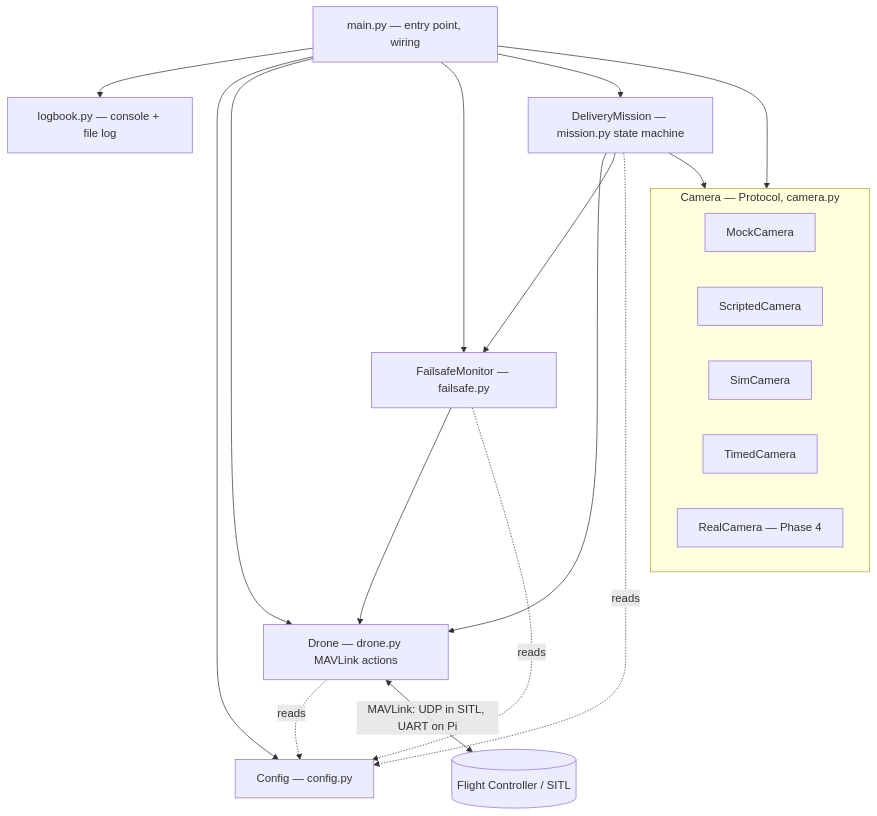
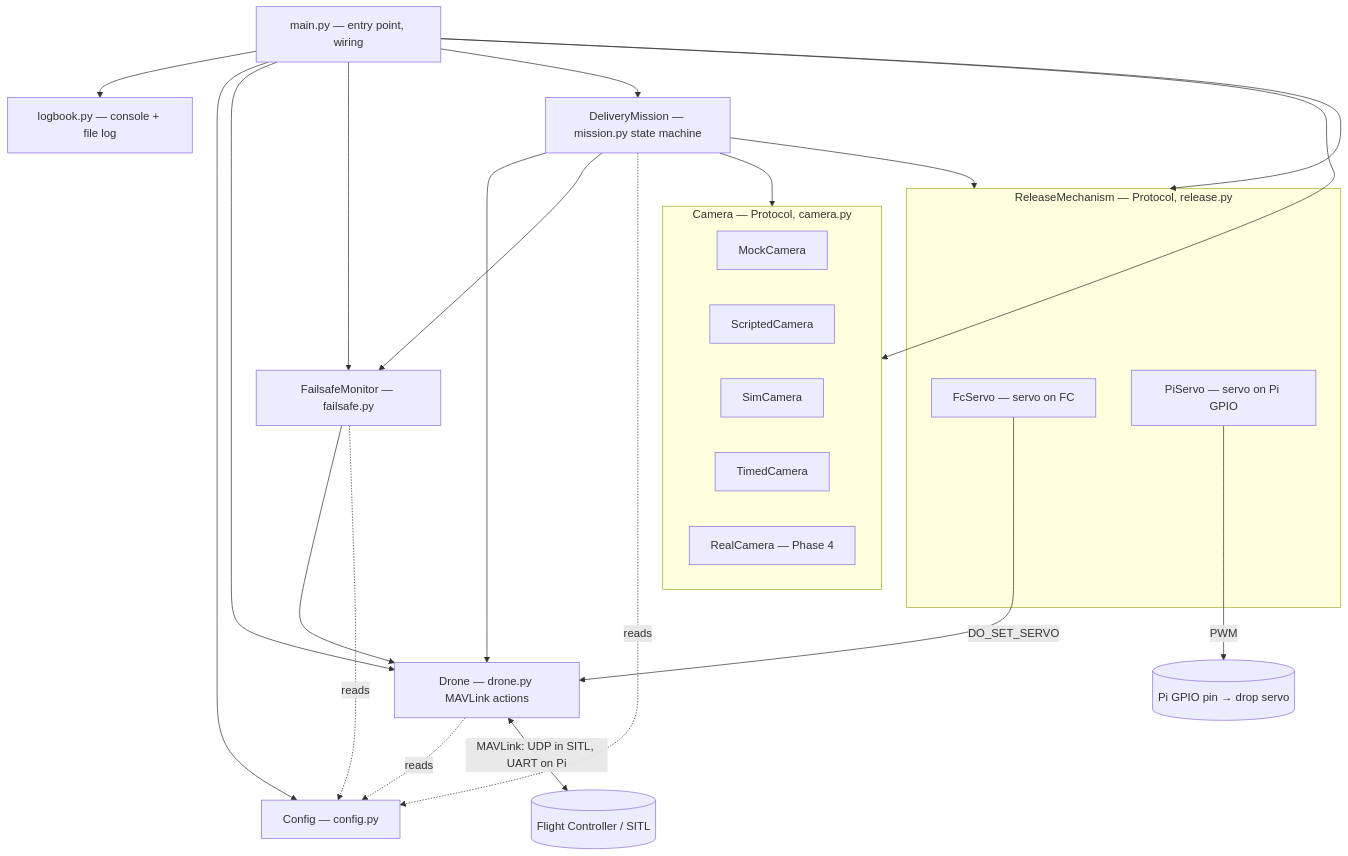
Before and after one commit to ki-drohnen-ss26/Pi-Code: the first of 5 diagrams in docs/ARCHITECTURE.md, drawn with Mermaid. The commit also changed other lines of this file and 8 other files, not shown here.

````diff
--- a/docs/ARCHITECTURE.md
+++ b/docs/ARCHITECTURE.md
@@ -15,34 +15,44 @@
 ```mermaid
 flowchart TB
     main["main.py — entry point, wiring"]
     cfg["Config — config.py"]
     logb["logbook.py — console + file log"]
     mission["DeliveryMission — mission.py state machine"]
     drone["Drone — drone.py MAVLink actions"]
     fs["FailsafeMonitor — failsafe.py"]
     fc[("Flight Controller / SITL")]
 
     subgraph cam["Camera — Protocol, camera.py"]
         mock["MockCamera"]
         scripted["ScriptedCamera"]
         sim["SimCamera"]
         timed["TimedCamera"]
         real["RealCamera — Phase 4"]
     end
 
+    subgraph rel["ReleaseMechanism — Protocol, release.py"]
+        fcservo["FcServo — servo on FC"]
+        piservo["PiServo — servo on Pi GPIO"]
+    end
+    gpio[("Pi GPIO pin → drop servo")]
+
     main --> logb
     main --> cfg
     main --> drone
     main --> cam
+    main --> rel
     main --> fs
     main --> mission
 
     mission --> drone
     mission --> cam
+    mission --> rel
     mission --> fs
     mission -.->|reads| cfg
     fs --> drone
     fs -.->|reads| cfg
     drone -.->|reads| cfg
     drone <-->|"MAVLink: UDP in SITL, UART on Pi"| fc
+    fcservo -->|"DO_SET_SERVO"| drone
+    piservo -->|"PWM"| gpio
 ```
````
